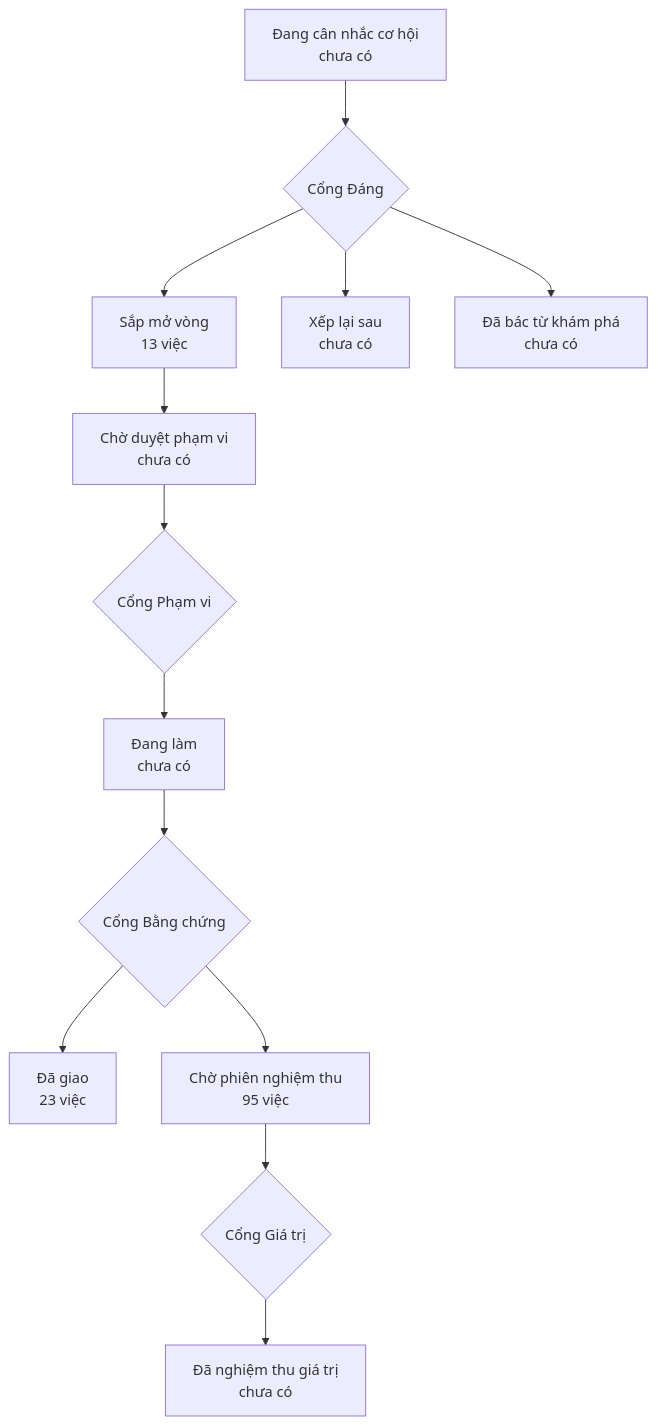
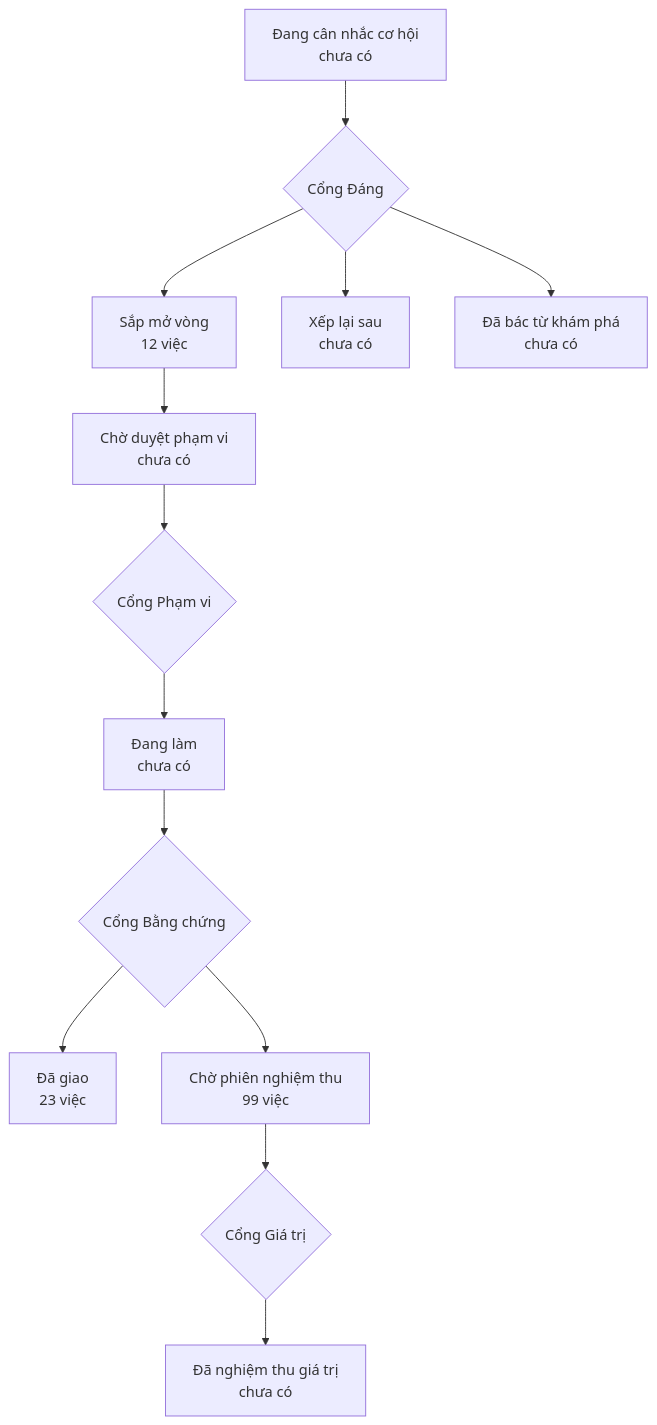
The diagram in PRODUCT-MAP.md (phanlemanh/onehub-quy-hang), drawn with Mermaid before and after one commit. The commit also changed other lines of this file and 1 other file, not shown here.

````diff
--- a/PRODUCT-MAP.md
+++ b/PRODUCT-MAP.md
@@ -7,12 +7,12 @@
 ```mermaid
 flowchart TD
   A["Đang cân nhắc cơ hội<br/>chưa có"] --> GD{"Cổng Đáng"}
-  GD --> B["Sắp mở vòng<br/>13 việc"]
+  GD --> B["Sắp mở vòng<br/>12 việc"]
   GD --> XL["Xếp lại sau<br/>chưa có"]
   GD --> DB["Đã bác từ khám phá<br/>chưa có"]
   B --> CD["Chờ duyệt phạm vi<br/>chưa có"] --> GP{"Cổng Phạm vi"}
   GP --> DL["Đang làm<br/>chưa có"] --> GB{"Cổng Bằng chứng"}
   GB --> DG["Đã giao<br/>23 việc"]
-  GB --> CN["Chờ phiên nghiệm thu<br/>95 việc"] --> GG{"Cổng Giá trị"}
+  GB --> CN["Chờ phiên nghiệm thu<br/>99 việc"] --> GG{"Cổng Giá trị"}
   GG --> NT["Đã nghiệm thu giá trị<br/>chưa có"]
 ```
````
